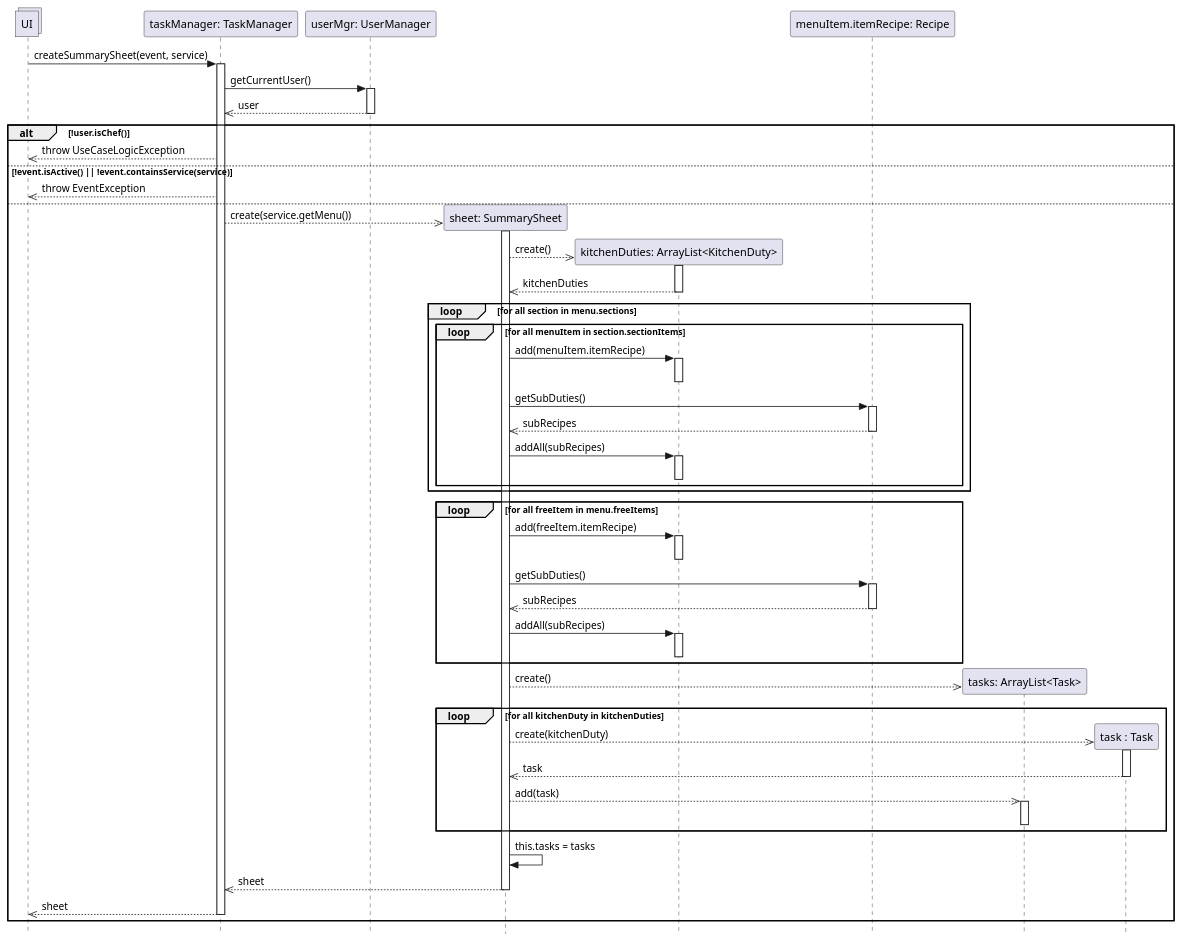
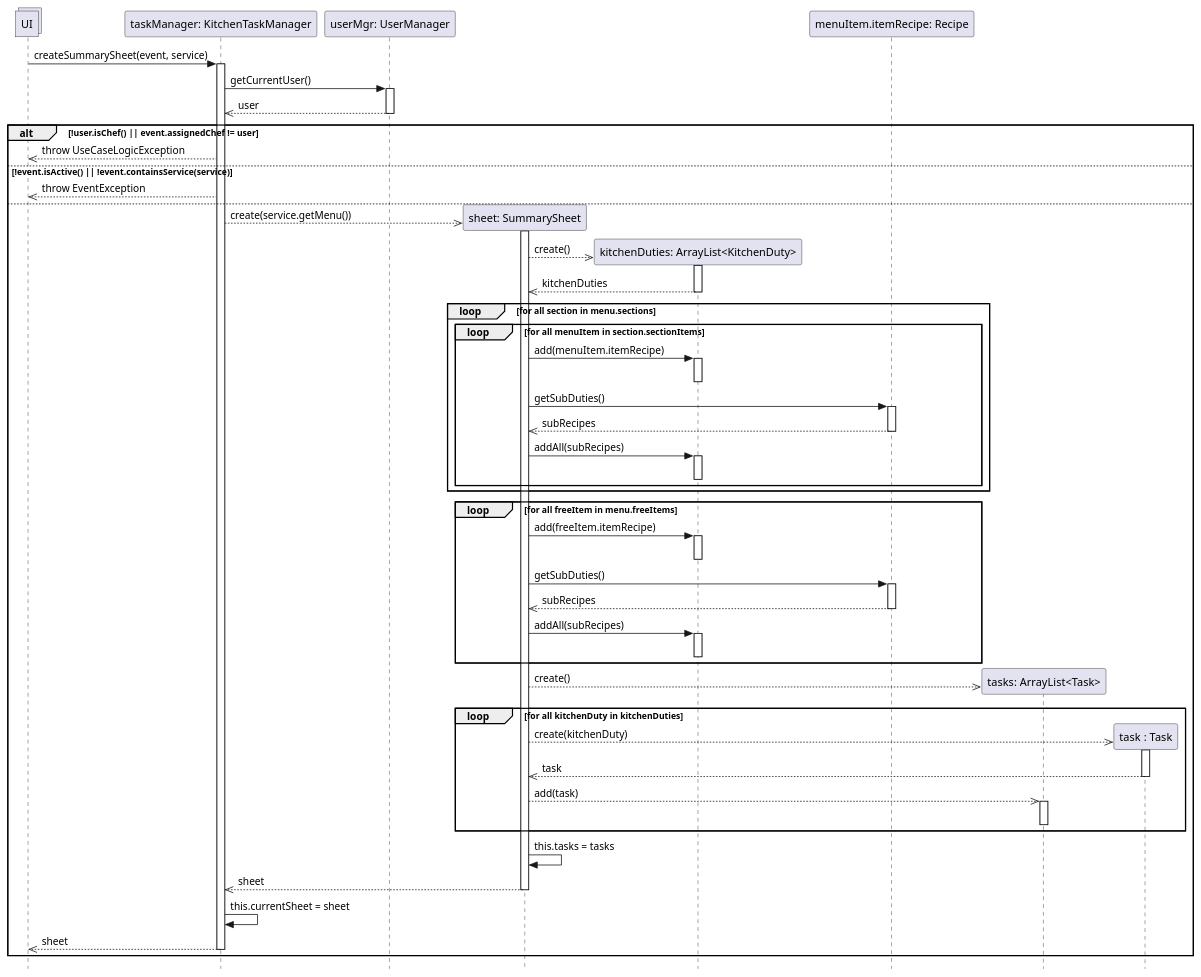
The diagram in DSD Operazione 1.puml (stefa168/sas-project), drawn with PlantUML before and after one commit.

Commit message:
+nome ktm, + cond. chef autorizzato, +set interna

```diff
--- a/DSD Operazione 1.puml
+++ b/DSD Operazione 1.puml
@@ -1,91 +1,93 @@
 @startuml Operazione 1
 skinparam Style strictuml
 
 collections UI
 
-participant "taskManager: TaskManager" as tm
+participant "taskManager: KitchenTaskManager" as tm
 UI -> tm: createSummarySheet(event, service)
 activate tm
 
 participant "userMgr: UserManager" as um
 tm -> um: getCurrentUser()
 activate um
 tm <<-- um: user
 deactivate um
 
-alt !user.isChef()
+alt !user.isChef() || event.assignedChef != user
     UI <<-- tm: throw UseCaseLogicException
 else !event.isActive() || !event.containsService(service)
     UI <<-- tm: throw EventException
 else
     participant "sheet: SummarySheet" as ss
     tm -->> ss **: create(service.getMenu())
     activate ss
 
     participant "kitchenDuties: ArrayList<KitchenDuty>" as kdList
     ss -->> kdList**: create()
     activate kdList
     return kitchenDuties
     deactivate kdList
     
     loop for all section in menu.sections
         loop for all menuItem in section.sectionItems
             ss -> kdList: add(menuItem.itemRecipe)
             activate kdList
             deactivate kdList
             
             participant "menuItem.itemRecipe: Recipe" as recipe
             ss -> recipe: getSubDuties()
             activate recipe
             ss <<-- recipe: subRecipes
             deactivate recipe
 
             ss -> kdList: addAll(subRecipes)
             activate kdList
             deactivate kdList
 
         end
     end
 
     loop for all freeItem in menu.freeItems
         ss -> kdList: add(freeItem.itemRecipe)
         activate kdList
         deactivate kdList
 
         participant "freeItem.itemRecipe: Recipe" as recipe
             ss -> recipe: getSubDuties()
             activate recipe
             ss <<-- recipe: subRecipes
             deactivate recipe
 
             ss -> kdList: addAll(subRecipes)
             activate kdList
             deactivate kdList
     end
 
     participant "tasks: ArrayList<Task>" as tasks
     ss -->> tasks**: create()
 
     loop for all kitchenDuty in kitchenDuties
         participant "task : Task" as t
         ss -->> t **: create(kitchenDuty)
         activate t
         ' ss <<-- t :task
         return task
         deactivate t
         ss -->>tasks: add(task)
         activate tasks
         deactivate tasks
     end
 
     ss -> ss: this.tasks = tasks
 
     tm <<-- ss: sheet
     deactivate ss
 
+    tm -> tm: this.currentSheet = sheet
+
     UI <<-- tm: sheet
     deactivate tm
     
 end
 
 @enduml
```
